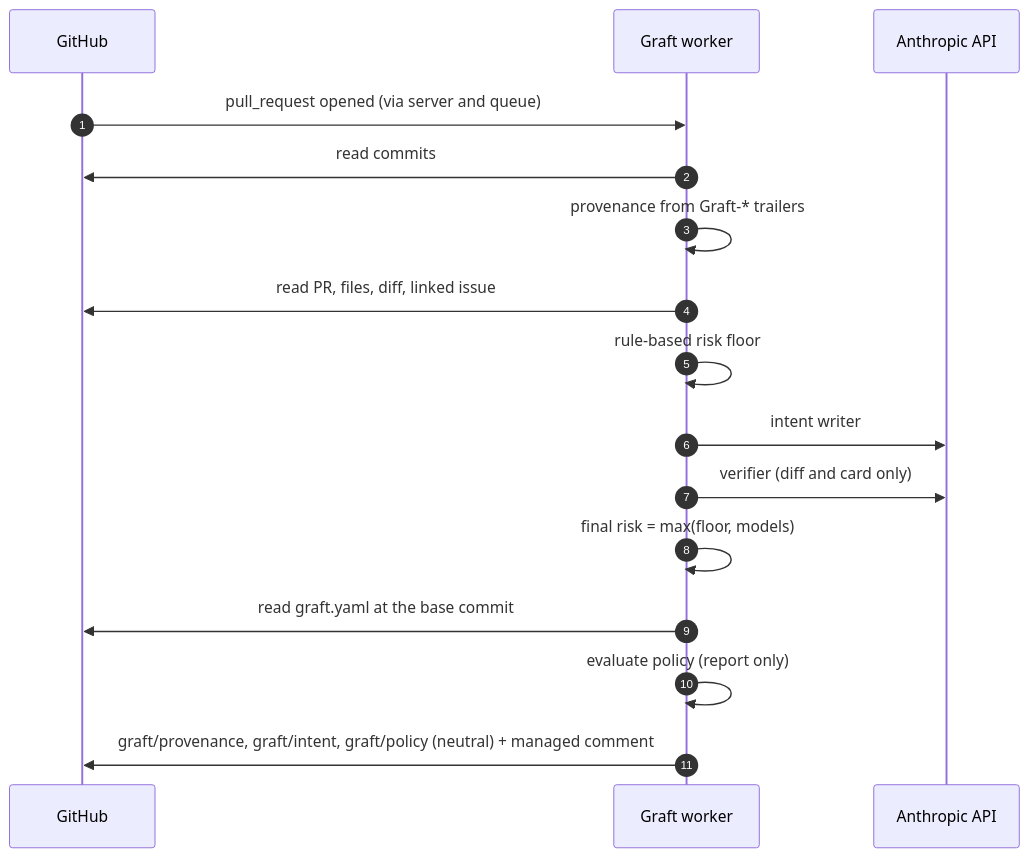
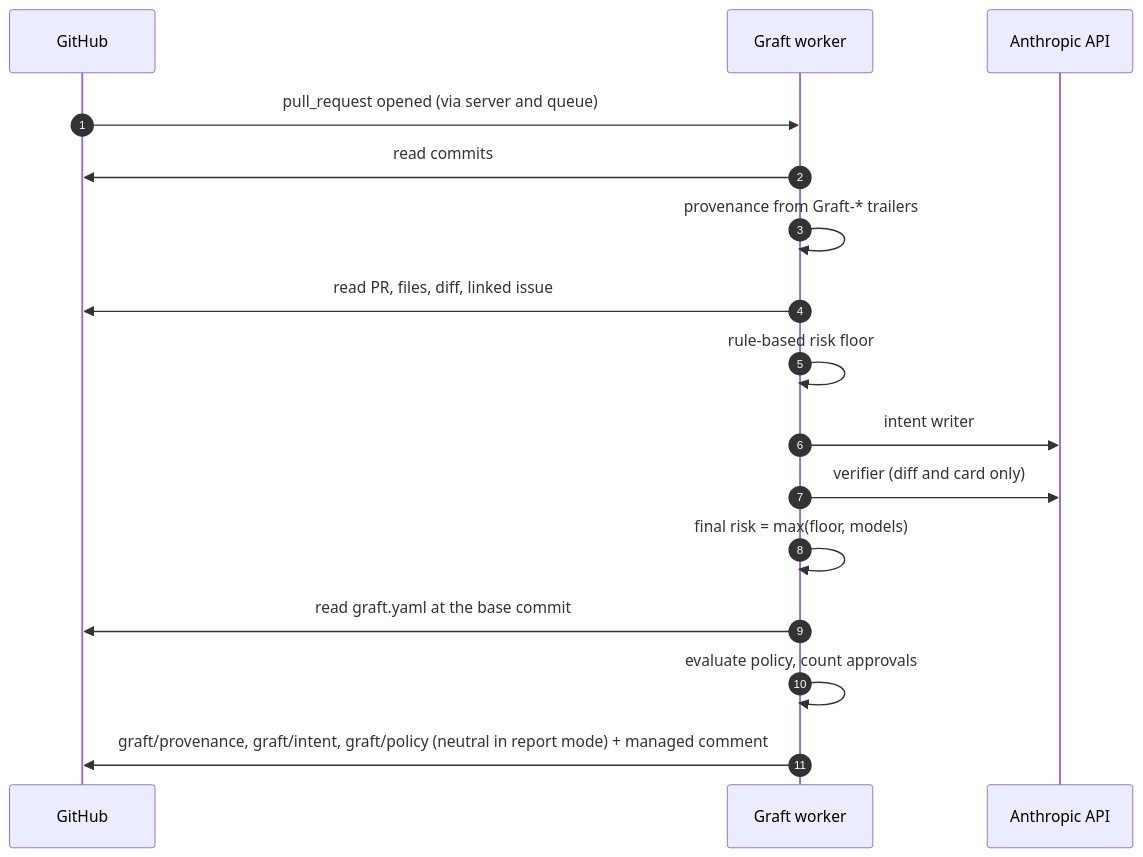
Before and after one commit to mmornati/graft: the second of 2 diagrams in README.md, drawn with Mermaid. The commit also changed other lines of this file and 15 other files, not shown here.

First line of the commit message:
Configure Graft for Phase 1, docs for v0.1.0 and an enforce mode video

````diff
--- a/README.md
+++ b/README.md
@@ -53,18 +55,18 @@
 ```mermaid
 sequenceDiagram
     autonumber
     participant GH as GitHub
     participant W as Graft worker
     participant AI as Anthropic API
     GH->>W: pull_request opened (via server and queue)
     W->>GH: read commits
     W->>W: provenance from Graft-* trailers
     W->>GH: read PR, files, diff, linked issue
     W->>W: rule-based risk floor
     W->>AI: intent writer
     W->>AI: verifier (diff and card only)
     W->>W: final risk = max(floor, models)
     W->>GH: read graft.yaml at the base commit
-    W->>W: evaluate policy (report only)
-    W->>GH: graft/provenance, graft/intent, graft/policy (neutral) + managed comment
+    W->>W: evaluate policy, count approvals
+    W->>GH: graft/provenance, graft/intent, graft/policy (neutral in report mode) + managed comment
 ```
````
